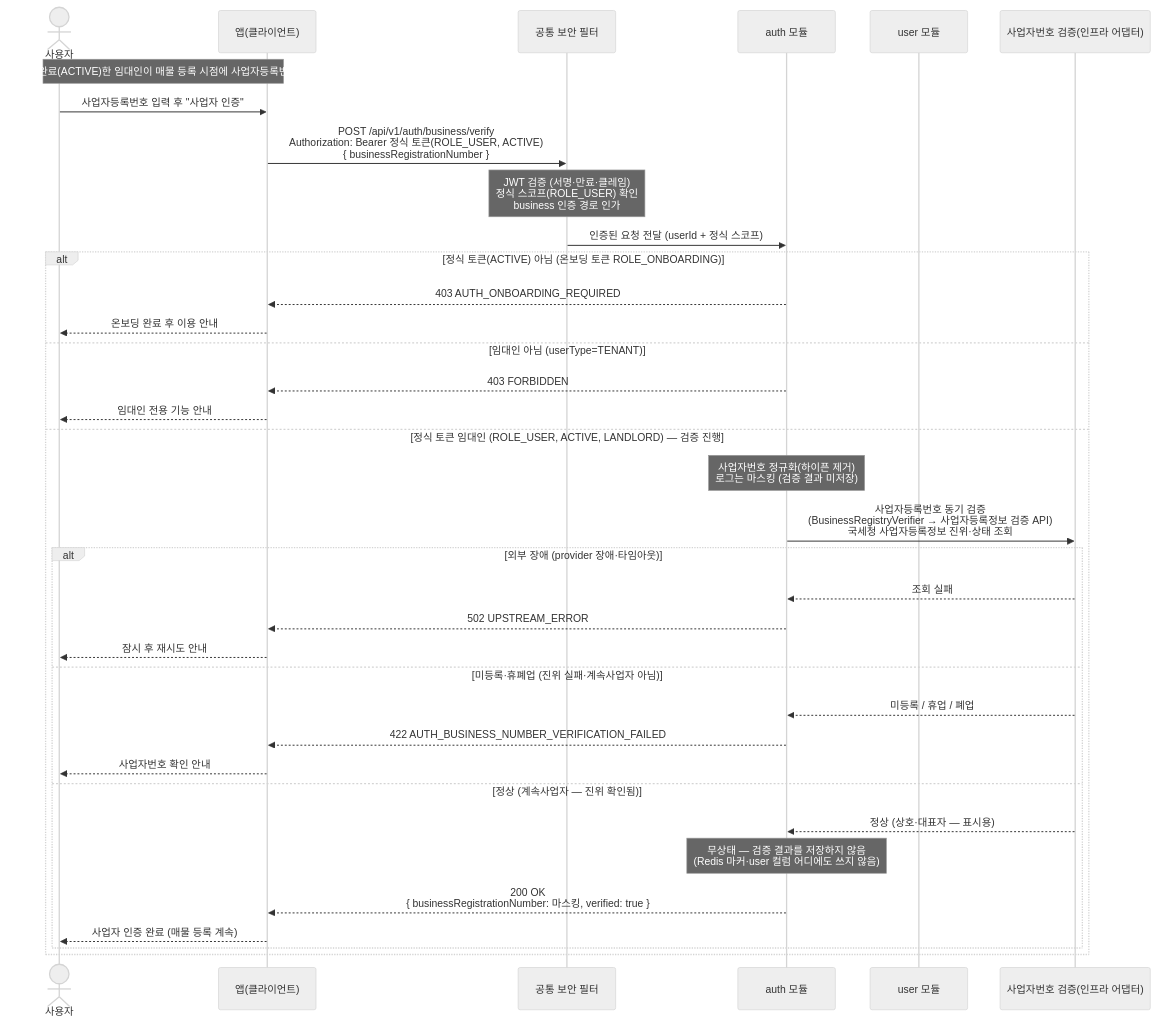
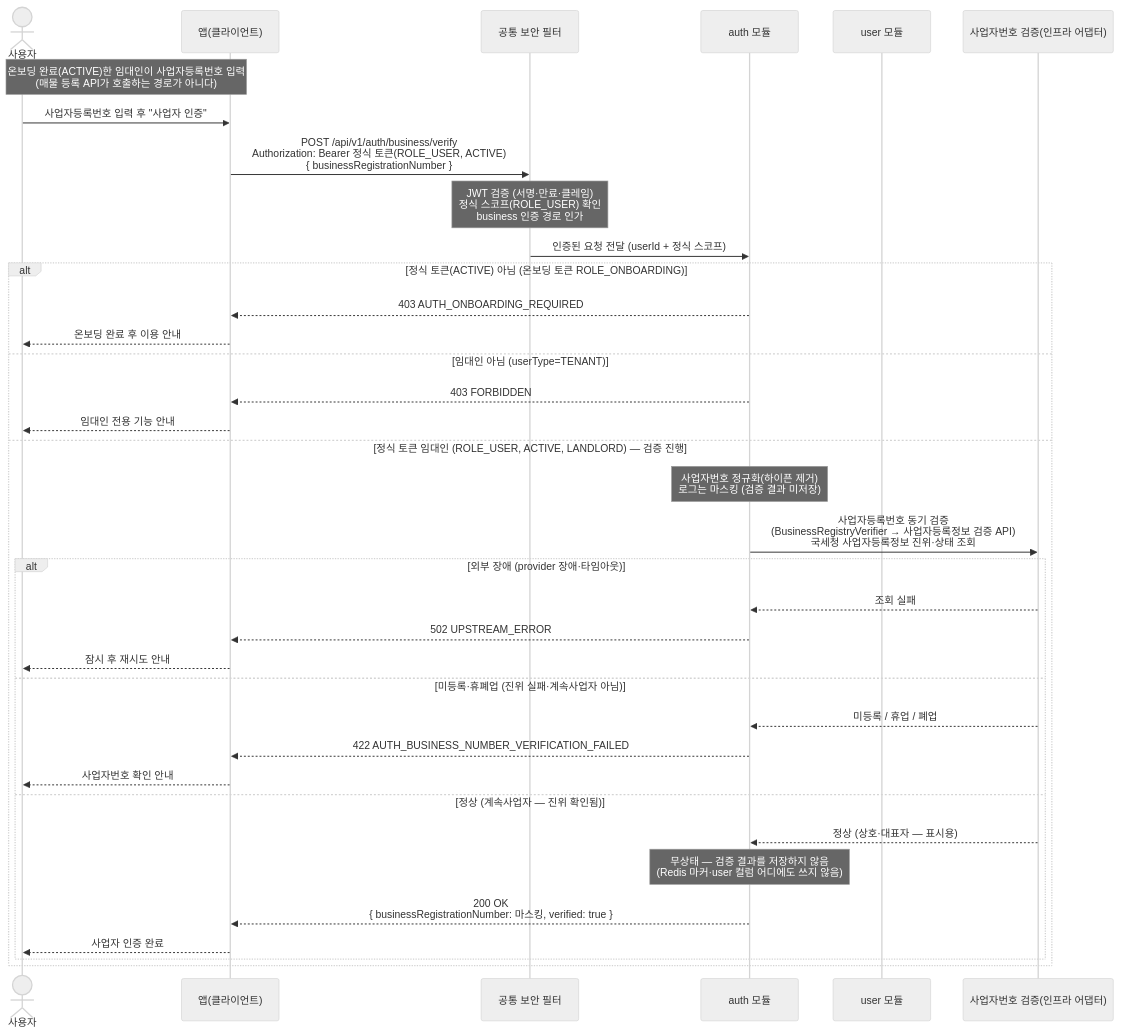
One commit to jameskim9509/Kohere-backend changed the diagram in docs/architecture/sequence-diagrams/01-auth-onboarding/us-1-8-business-verification.md. Above: the diagram before and after it, drawn with Mermaid (neutral theme). The commit also changed other lines of this file and 210 other files, not shown here.

````diff
--- a/docs/architecture/sequence-diagrams/01-auth-onboarding/us-1-8-business-verification.md
+++ b/docs/architecture/sequence-diagrams/01-auth-onboarding/us-1-8-business-verification.md
@@ -7,39 +7,39 @@
 ```mermaid
 sequenceDiagram
     actor U as 사용자
     participant C as 앱(클라이언트)
     participant SEC as 공통 보안 필터
     participant AUTH as auth 모듈
     participant USER as user 모듈
     participant BIZ as 사업자번호 검증(인프라 어댑터)
 
-    Note over U,C: 온보딩 완료(ACTIVE)한 임대인이 매물 등록 시점에 사업자등록번호 입력
+    Note over U,C: 온보딩 완료(ACTIVE)한 임대인이 사업자등록번호 입력<br/>(매물 등록 API가 호출하는 경로가 아니다)
     U->>C: 사업자등록번호 입력 후 "사업자 인증"
     C->>SEC: POST /api/v1/auth/business/verify<br/>Authorization: Bearer 정식 토큰(ROLE_USER, ACTIVE)<br/>{ businessRegistrationNumber }
     Note over SEC: JWT 검증 (서명·만료·클레임)<br/>정식 스코프(ROLE_USER) 확인<br/>business 인증 경로 인가
     SEC->>AUTH: 인증된 요청 전달 (userId + 정식 스코프)
     alt 정식 토큰(ACTIVE) 아님 (온보딩 토큰 ROLE_ONBOARDING)
         AUTH-->>C: 403 AUTH_ONBOARDING_REQUIRED
         C-->>U: 온보딩 완료 후 이용 안내
     else 임대인 아님 (userType=TENANT)
         AUTH-->>C: 403 FORBIDDEN
         C-->>U: 임대인 전용 기능 안내
     else 정식 토큰 임대인 (ROLE_USER, ACTIVE, LANDLORD) — 검증 진행
         Note over AUTH: 사업자번호 정규화(하이픈 제거)<br/>로그는 마스킹 (검증 결과 미저장)
             AUTH->>BIZ: 사업자등록번호 동기 검증<br/>(BusinessRegistryVerifier → 사업자등록정보 검증 API)<br/>국세청 사업자등록정보 진위·상태 조회
             alt 외부 장애 (provider 장애·타임아웃)
                 BIZ-->>AUTH: 조회 실패
                 AUTH-->>C: 502 UPSTREAM_ERROR
                 C-->>U: 잠시 후 재시도 안내
             else 미등록·휴폐업 (진위 실패·계속사업자 아님)
                 BIZ-->>AUTH: 미등록 / 휴업 / 폐업
                 AUTH-->>C: 422 AUTH_BUSINESS_NUMBER_VERIFICATION_FAILED
                 C-->>U: 사업자번호 확인 안내
             else 정상 (계속사업자 — 진위 확인됨)
                 BIZ-->>AUTH: 정상 (상호·대표자 — 표시용)
                 Note over AUTH: 무상태 — 검증 결과를 저장하지 않음<br/>(Redis 마커·user 컬럼 어디에도 쓰지 않음)
                 AUTH-->>C: 200 OK<br/>{ businessRegistrationNumber: 마스킹, verified: true }
-                C-->>U: 사업자 인증 완료 (매물 등록 계속)
+                C-->>U: 사업자 인증 완료
             end
     end
 ```
````
